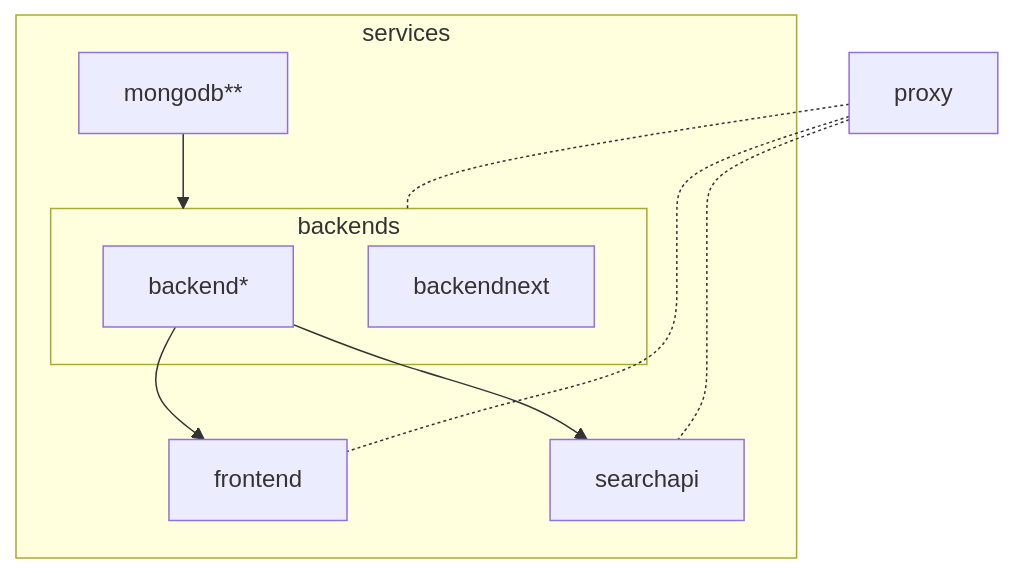
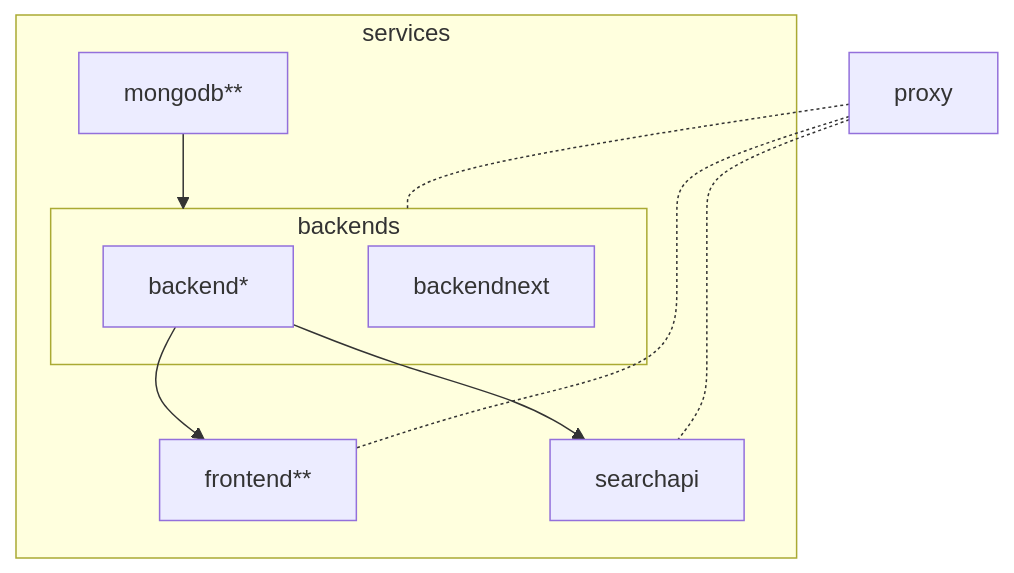
Before and after one commit to SciCatProject/scicatlive: the diagram in README.md, drawn with Mermaid. The commit also changed 1 other file, not shown here.

Commit message:
Update readmes based on env var

````diff
--- a/README.md
+++ b/README.md
@@ -39,17 +39,17 @@
 ```mermaid
 graph TD
    subgraph services
       subgraph backends
          backend[backend*]
          backendnext
       end
 
       mongodb[mongodb**] --> backends
-      backend --> frontend
+      backend --> frontend[frontend**]
       backend --> searchapi
    end
 
    proxy -.- backends
    proxy -.- frontend
    proxy -.- searchapi
 ```
````
